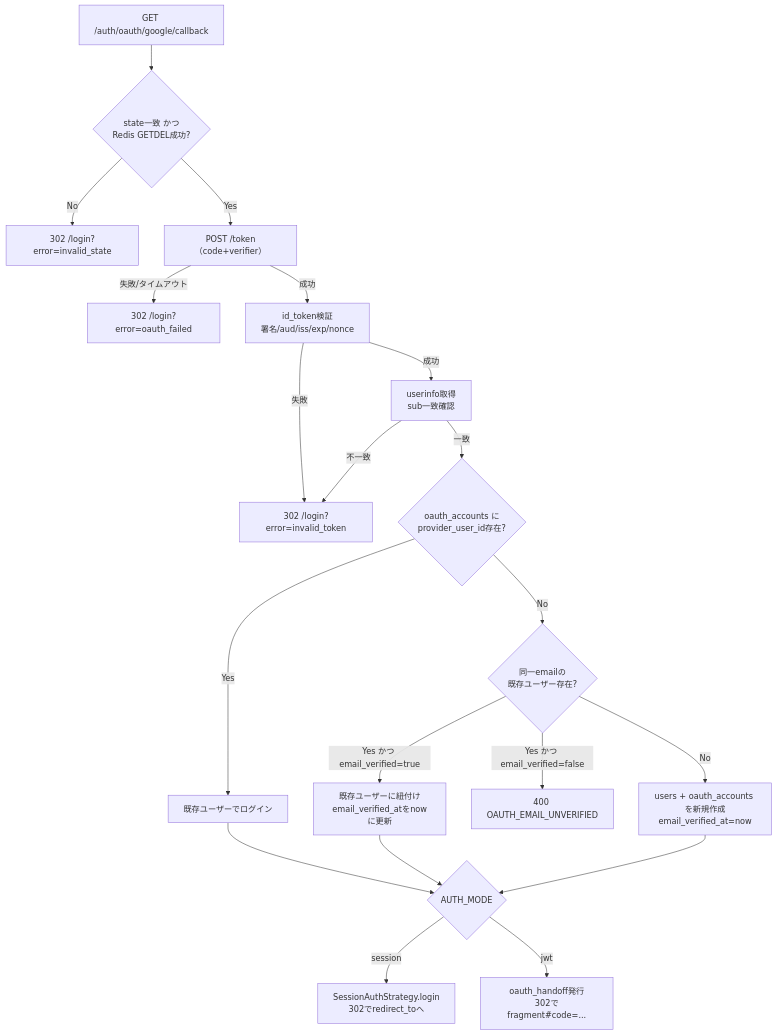
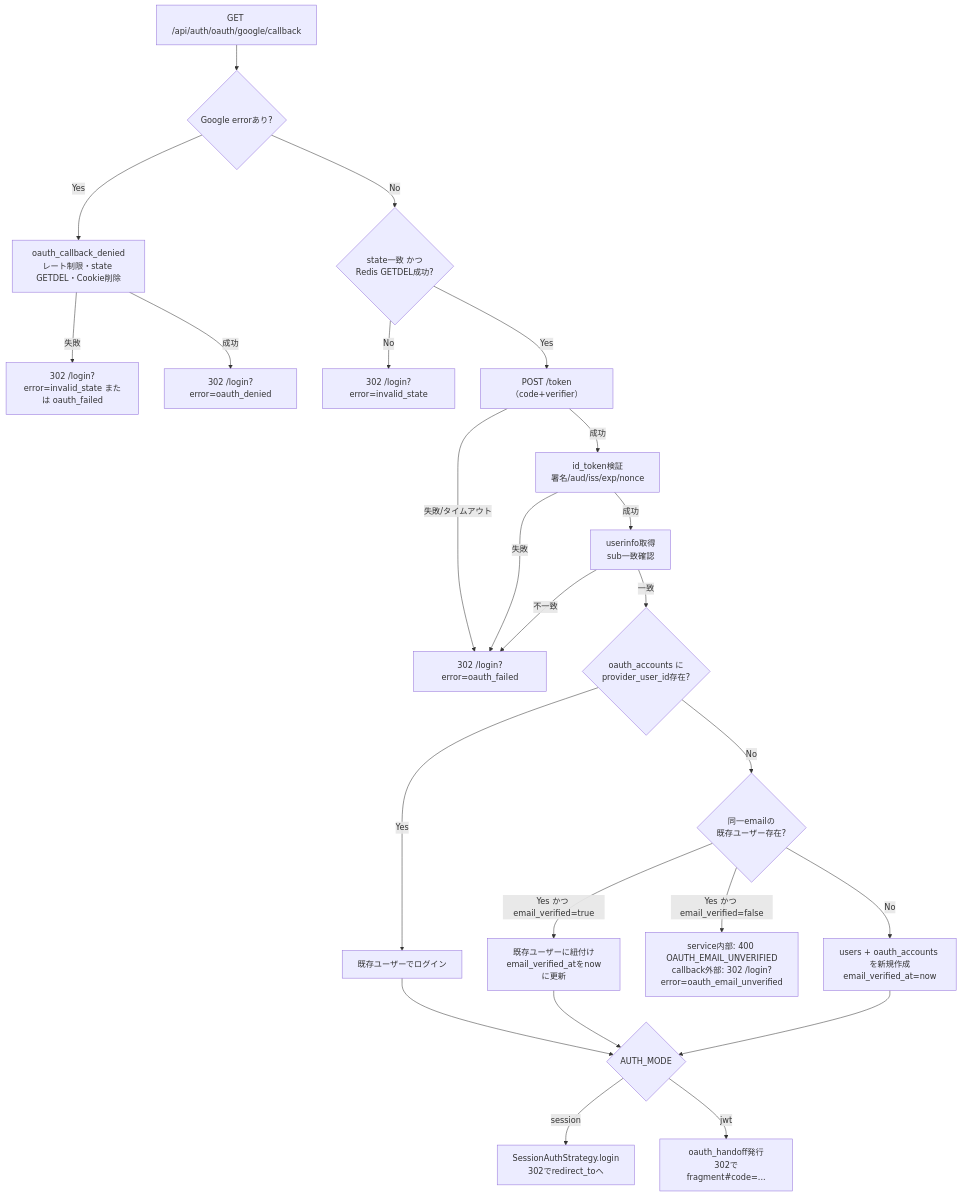
The third of 5 diagrams in docs/detailed_design/auth/04_google_oauth.md (oikawa-d/task_management), drawn with Mermaid before and after one commit. The commit also changed other lines of this file and 20 other files, not shown here.

First line of the commit message:
feat: [phase] Google OAuth2認証を完了 (#380)

````diff
--- a/docs/detailed_design/auth/04_google_oauth.md
+++ b/docs/detailed_design/auth/04_google_oauth.md
@@ -127,22 +127,26 @@
 ```mermaid
 flowchart TB
-    A["GET /auth/oauth/google/callback"] --> B{"state一致 かつ<br/>Redis GETDEL成功?"}
-    B -->|No| Z1["302 /login?error=invalid_state"]
-    B -->|Yes| C["POST /token（code+verifier）"]
-    C -->|失敗/タイムアウト| Z2["302 /login?error=oauth_failed"]
-    C -->|成功| D["id_token検証<br/>署名/aud/iss/exp/nonce"]
-    D -->|失敗| Z3["302 /login?error=invalid_token"]
-    D -->|成功| E["userinfo取得<br/>sub一致確認"]
-    E -->|不一致| Z3
-    E -->|一致| F{"oauth_accounts に<br/>provider_user_id存在?"}
-    F -->|Yes| G["既存ユーザーでログイン"]
-    F -->|No| H{"同一emailの<br/>既存ユーザー存在?"}
-    H -->|Yes かつ email_verified=true| I["既存ユーザーに紐付け<br/>email_verified_atをnowに更新"]
-    H -->|Yes かつ email_verified=false| Z4["400 OAUTH_EMAIL_UNVERIFIED"]
-    H -->|No| J["users + oauth_accounts を新規作成<br/>email_verified_at=now"]
-    G --> K{"AUTH_MODE"}
-    I --> K
-    J --> K
-    K -->|session| L["SessionAuthStrategy.login<br/>302でredirect_toへ"]
-    K -->|jwt| M["oauth_handoff発行<br/>302でfragment#code=..."]
+    A["GET /api/auth/oauth/google/callback"] --> B{"Google errorあり?"}
+    B -->|Yes| C["oauth_callback_denied<br/>レート制限・state GETDEL・Cookie削除"]
+    C -->|失敗| Z0["302 /login?error=invalid_state または oauth_failed"]
+    C -->|成功| ZD["302 /login?error=oauth_denied"]
+    B -->|No| D{"state一致 かつ<br/>Redis GETDEL成功?"}
+    D -->|No| Z1["302 /login?error=invalid_state"]
+    D -->|Yes| E["POST /token（code+verifier）"]
+    E -->|失敗/タイムアウト| Z2["302 /login?error=oauth_failed"]
+    E -->|成功| F["id_token検証<br/>署名/aud/iss/exp/nonce"]
+    F -->|失敗| Z2
+    F -->|成功| G["userinfo取得<br/>sub一致確認"]
+    G -->|不一致| Z2
+    G -->|一致| H{"oauth_accounts に<br/>provider_user_id存在?"}
+    H -->|Yes| I["既存ユーザーでログイン"]
+    H -->|No| J{"同一emailの<br/>既存ユーザー存在?"}
+    J -->|Yes かつ email_verified=true| K["既存ユーザーに紐付け<br/>email_verified_atをnowに更新"]
+    J -->|Yes かつ email_verified=false| Z3["service内部: 400 OAUTH_EMAIL_UNVERIFIED<br/>callback外部: 302 /login?error=oauth_email_unverified"]
+    J -->|No| L["users + oauth_accounts を新規作成<br/>email_verified_at=now"]
+    I --> M{"AUTH_MODE"}
+    K --> M
+    L --> M
+    M -->|session| N["SessionAuthStrategy.login<br/>302でredirect_toへ"]
+    M -->|jwt| O["oauth_handoff発行<br/>302でfragment#code=..."]
 ```
````
